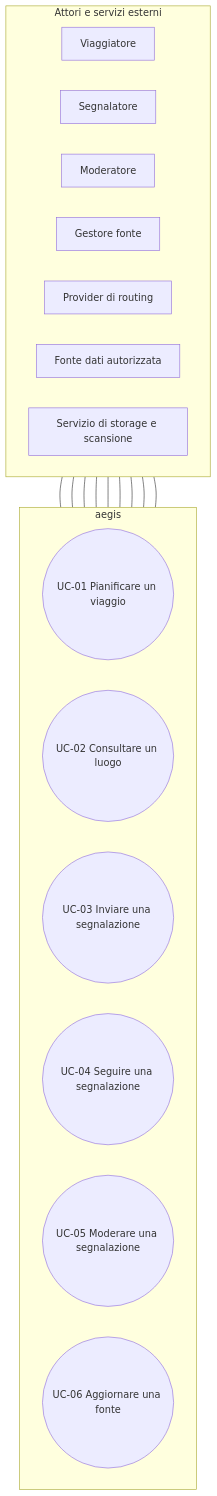
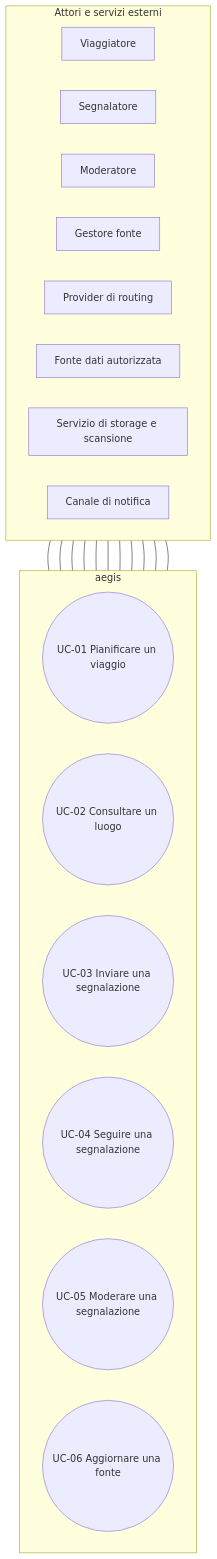
Before and after one commit to andreaplini/aegis: the first of 9 diagrams in docs/RAD.md, drawn with Mermaid. The commit also changed other lines of this file and 1 other file, not shown here.

````diff
--- a/docs/RAD.md
+++ b/docs/RAD.md
@@ -213,32 +213,35 @@
 ```mermaid
 flowchart TB
-  accDescr: I sei casi d'uso aegis e le associazioni con persone, provider di routing, fonti e servizi esterni.
+  accDescr: I sei casi d'uso aegis e le associazioni con persone, provider, fonti dati e servizi esterni di storage, scansione e notifica.
   subgraph ACTORS[Attori e servizi esterni]
     direction LR
     V[Viaggiatore]
     S[Segnalatore]
     M[Moderatore]
     G[Gestore fonte]
     R[Provider di routing]
     D[Fonte dati autorizzata]
     O[Servizio di storage e scansione]
+    N[Canale di notifica]
   end
   subgraph SYSTEM[aegis]
     direction LR
     UC01((UC-01 Pianificare un viaggio))
     UC02((UC-02 Consultare un luogo))
     UC03((UC-03 Inviare una segnalazione))
     UC04((UC-04 Seguire una segnalazione))
     UC05((UC-05 Moderare una segnalazione))
     UC06((UC-06 Aggiornare una fonte))
   end
   V --- UC01
   R --- UC01
   V --- UC02
   S --- UC03
   O --- UC03
+  N --- UC03
   S --- UC04
   M --- UC05
+  N --- UC05
   G --- UC06
   D --- UC06
 ```
````
